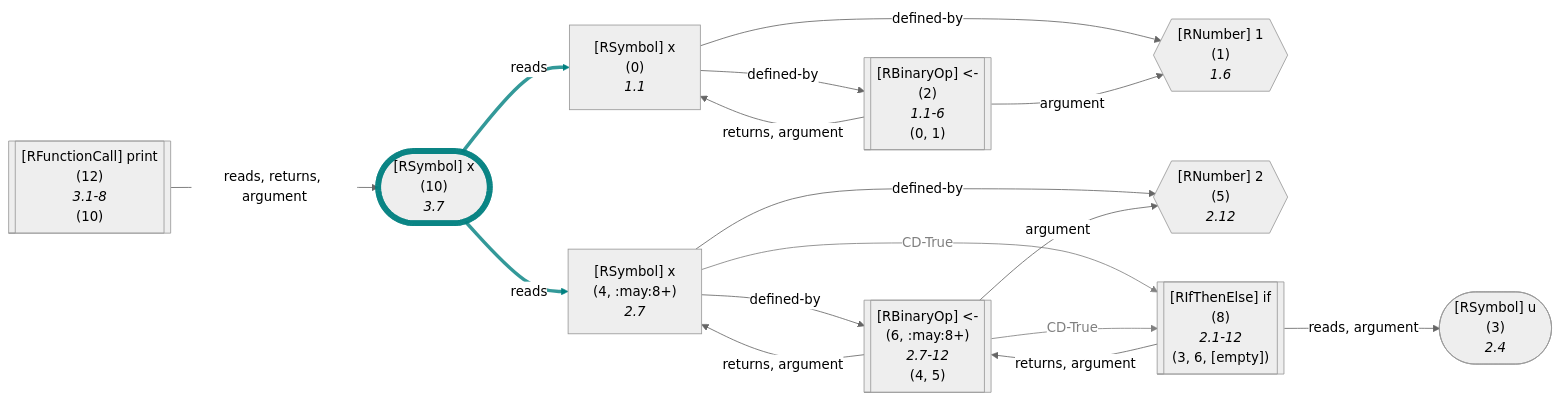
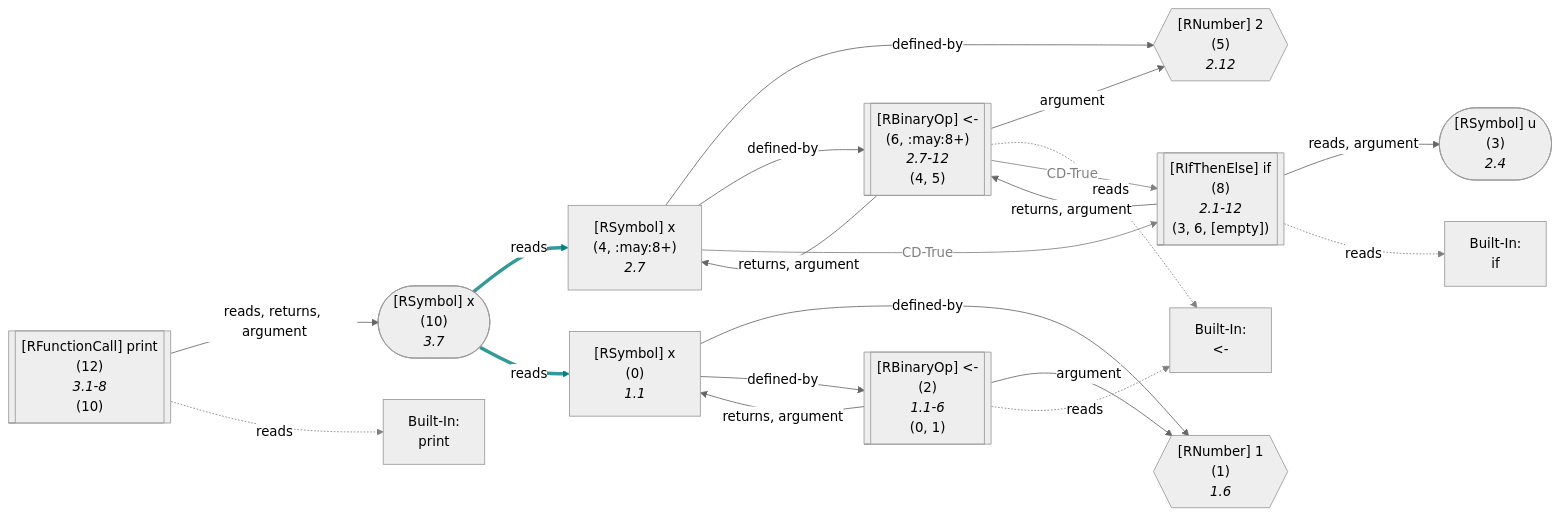
One commit to flowr-analysis/flowr changed the ninth of 48 diagrams in wiki/Dataflow Graph.md. Above: the diagram before and after it, drawn with Mermaid (neutral theme). The commit also changed other lines of this file and 7 other files, not shown here.

Commit message:
[skip ci] doc: update generated wiki pages (wiki/Capabilities,wiki/Dataflow Graph,wiki/Search API,wiki/Interface,wiki/Control Flow Graph,wiki/Linting and Testing,wiki/Core,README)

````diff
--- a/wiki/Dataflow Graph.md
+++ b/wiki/Dataflow Graph.md
@@ -862,57 +884,70 @@
 ```mermaid
 flowchart LR
     1{{"`#91;RNumber#93; 1
       (1)
       *1.6*`"}}
     0["`#91;RSymbol#93; x
       (0)
       *1.1*`"]
     2[["`#91;RBinaryOp#93; #60;#45;
       (2)
       *1.1-6*
     (0, 1)`"]]
+    built-in:_-["`Built-In:
+#60;#45;`"]
     3(["`#91;RSymbol#93; u
       (3)
       *2.4*`"])
     5{{"`#91;RNumber#93; 2
       (5)
       *2.12*`"}}
     4["`#91;RSymbol#93; x
       (4, :may:8+)
       *2.7*`"]
     6[["`#91;RBinaryOp#93; #60;#45;
       (6, :may:8+)
       *2.7-12*
     (4, 5)`"]]
     8[["`#91;RIfThenElse#93; if
       (8)
       *2.1-12*
     (3, 6, [empty])`"]]
+    built-in:if["`Built-In:
+if`"]
     10(["`#91;RSymbol#93; x
       (10)
       *3.7*`"])
-    style 10 stroke:teal,stroke-width:7px,stroke-opacity:.8; 
     12[["`#91;RFunctionCall#93; print
       (12)
       *3.1-8*
     (10)`"]]
+    built-in:print["`Built-In:
+print`"]
     0 -->|"defined-by"| 1
     0 -->|"defined-by"| 2
     2 -->|"argument"| 1
     2 -->|"returns, argument"| 0
+    2 -.->|"reads"| built-in:_-
+    linkStyle 4 stroke:gray;
     4 -->|"defined-by"| 5
     4 -->|"defined-by"| 6
     4 -->|"CD-True"| 8
-    linkStyle 6 stroke:gray,color:gray;
+    linkStyle 7 stroke:gray,color:gray;
     6 -->|"argument"| 5
     6 -->|"returns, argument"| 4
+    6 -.->|"reads"| built-in:_-
+    linkStyle 10 stroke:gray;
     6 -->|"CD-True"| 8
-    linkStyle 9 stroke:gray,color:gray;
+    linkStyle 11 stroke:gray,color:gray;
     8 -->|"returns, argument"| 6
     8 -->|"reads, argument"| 3
+    8 -.->|"reads"| built-in:if
+    linkStyle 14 stroke:gray;
     10 -->|"reads"| 4
-    linkStyle 12 stroke:teal,stroke-width:4.2px,stroke-opacity:.8
+    linkStyle 15 stroke:teal,stroke-width:4.2px,stroke-opacity:.8
     10 -->|"reads"| 0
-    linkStyle 13 stroke:teal,stroke-width:4.2px,stroke-opacity:.8
+    linkStyle 16 stroke:teal,stroke-width:4.2px,stroke-opacity:.8
     12 -->|"reads, returns, argument"| 10
+    12 -.->|"reads"| built-in:print
+    linkStyle 18 stroke:gray;
 ```
````
